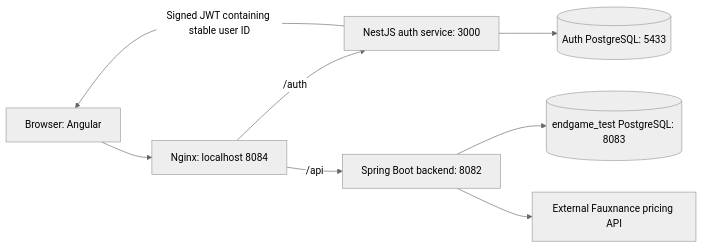
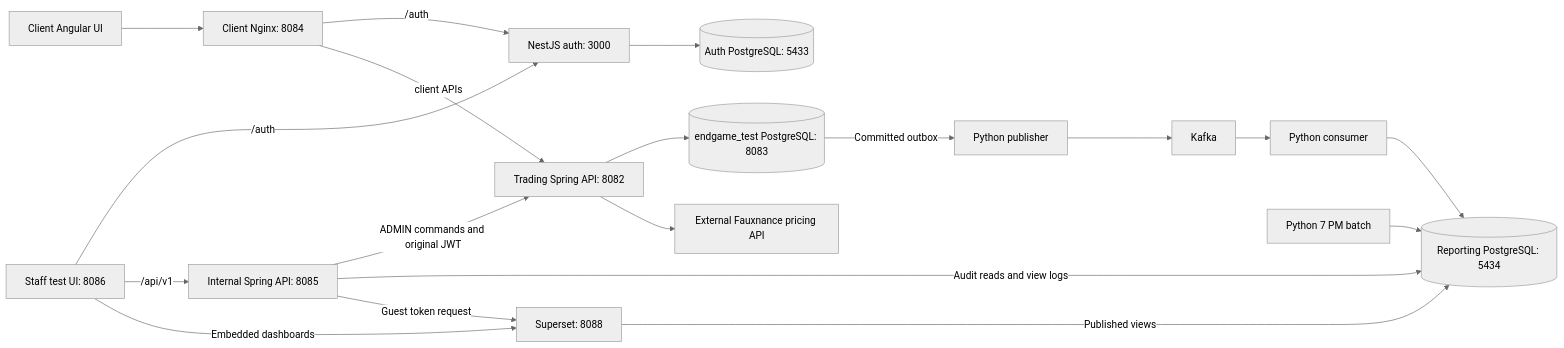
One commit to AidanJones14/asset-avengers-project changed the first of 3 diagrams in docs/project-guide.md. Above: the diagram before and after it, drawn with Mermaid (neutral theme). The commit also changed other lines of this file and 219 other files, not shown here.

````diff
--- a/docs/project-guide.md
+++ b/docs/project-guide.md
@@ -15,10 +19,21 @@
 ```mermaid
 flowchart LR
-    Browser[Browser: Angular] --> Nginx[Nginx: localhost 8084]
-    Nginx -->|/auth| Auth[NestJS auth service: 3000]
-    Nginx -->|/api| Backend[Spring Boot backend: 8082]
+    Browser[Client Angular UI] --> Nginx[Client Nginx: 8084]
+    Staff[Staff test UI: 8086] -->|/auth| Auth[NestJS auth: 3000]
+    Nginx -->|/auth| Auth
+    Nginx -->|client APIs| Backend[Trading Spring API: 8082]
+    Staff -->|/api/v1| Internal[Internal Spring API: 8085]
+    Internal -->|ADMIN commands and original JWT| Backend
     Auth --> AuthDB[(Auth PostgreSQL: 5433)]
     Backend --> TradingDB[(endgame_test PostgreSQL: 8083)]
     Backend --> Pricing[External Fauxnance pricing API]
-    Auth -->|Signed JWT containing stable user ID| Browser
+    TradingDB -->|Committed outbox| Publisher[Python publisher]
+    Publisher --> Kafka[Kafka]
+    Kafka --> Consumer[Python consumer]
+    Consumer --> Reporting[(Reporting PostgreSQL: 5434)]
+    Internal -->|Audit reads and view logs| Reporting
+    Batch[Python 7 PM batch] --> Reporting
+    Superset[Superset: 8088] -->|Published views| Reporting
+    Staff -->|Embedded dashboards| Superset
+    Internal -->|Guest token request| Superset
 ```
````
